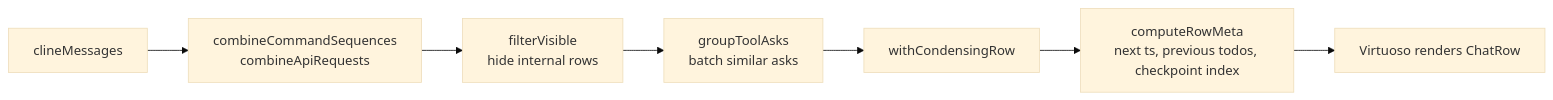
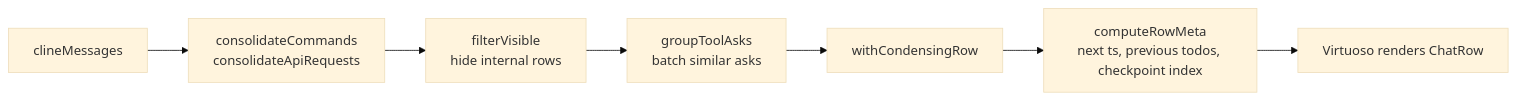
The third of 4 diagrams in docs/05-webview-ui.md (krzychdre/Tumble-Code), drawn with Mermaid (base theme) before and after one commit. The commit also changed 133 other files, not shown here.

````diff
--- a/docs/05-webview-ui.md
+++ b/docs/05-webview-ui.md
@@ -55,9 +55,9 @@
 ```mermaid
 flowchart LR
-  M[clineMessages] --> CMB[combineCommandSequences<br/>combineApiRequests]
+  M[clineMessages] --> CMB[consolidateCommands<br/>consolidateApiRequests]
   CMB --> FV[filterVisible<br/>hide internal rows]
   FV --> GT[groupToolAsks<br/>batch similar asks]
   GT --> CR[withCondensingRow]
   CR --> META[computeRowMeta<br/>next ts, previous todos, checkpoint index]
   META --> V[Virtuoso renders ChatRow]
 ```
````
